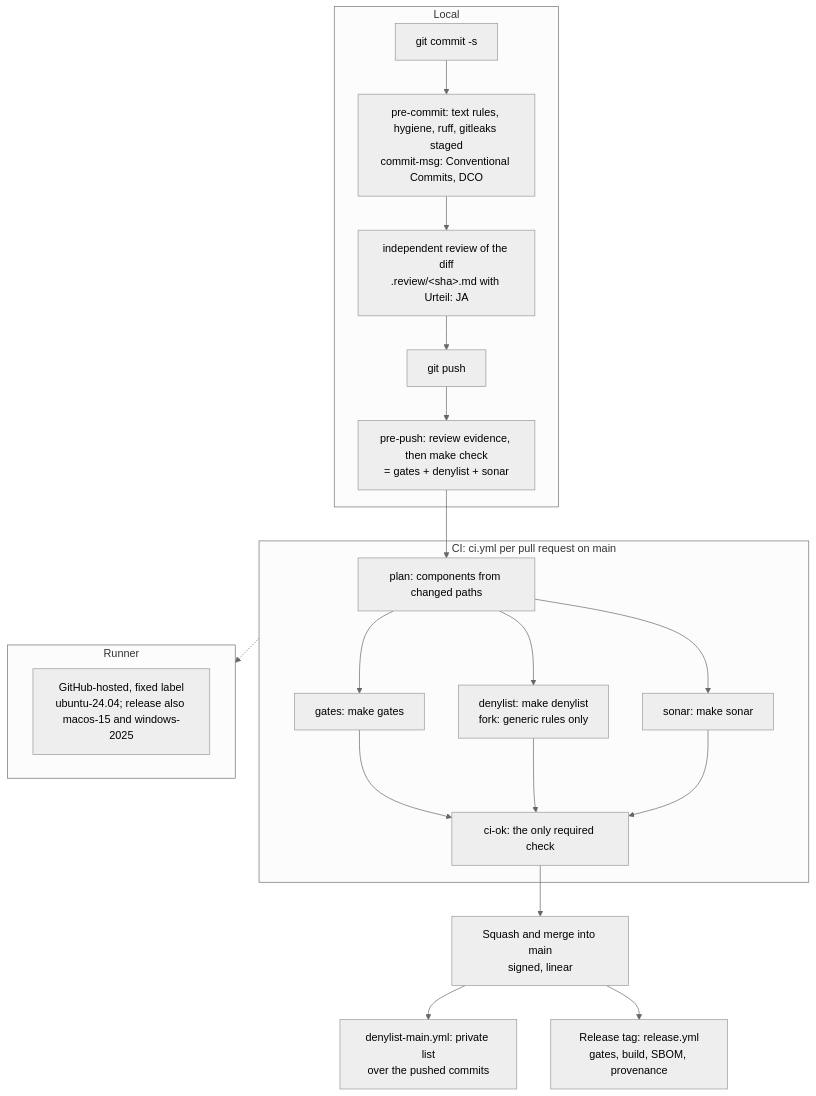
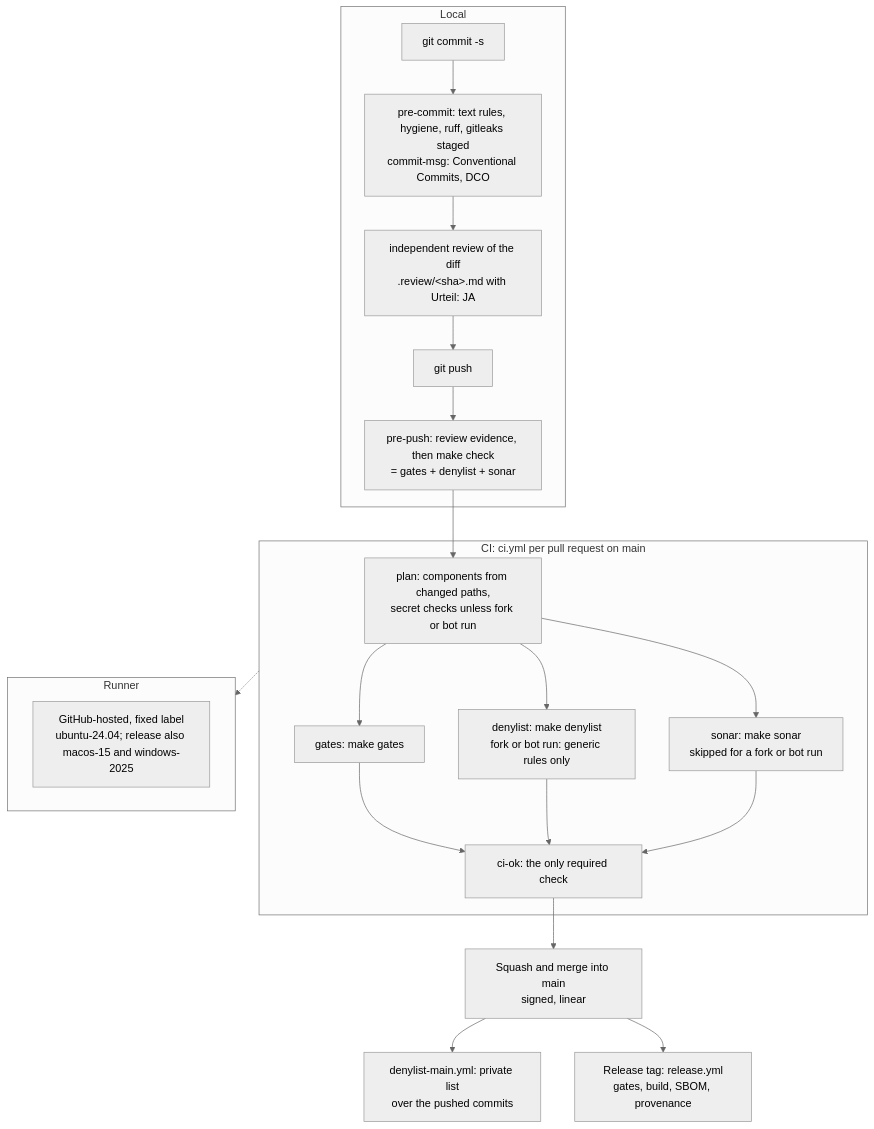
One commit to mguttmann/bothy changed the diagram in docs/quality/pipeline.mmd. Above: the diagram before and after it, drawn with Mermaid (neutral theme). The commit also changed 12 other files, not shown here.

First line of the commit message:
ci: run dependency bot pull requests like fork pull requests

```diff
--- a/docs/quality/pipeline.mmd
+++ b/docs/quality/pipeline.mmd
@@ -1,23 +1,23 @@
 flowchart TB
   subgraph local["Local"]
     commit["git commit -s"] --> hooks["pre-commit: text rules, hygiene, ruff, gitleaks staged<br/>commit-msg: Conventional Commits, DCO"]
     hooks --> review
     review["independent review of the diff<br/>.review/&lt;sha&gt;.md with Urteil: JA"] --> push["git push"]
     push --> check["pre-push: review evidence, then make check<br/>= gates + denylist + sonar"]
   end
   subgraph ci["CI: ci.yml per pull request on main"]
-    plan["plan: components from changed paths"] --> gates["gates: make gates"]
-    plan --> deny["denylist: make denylist<br/>fork: generic rules only"]
-    plan --> sonar["sonar: make sonar"]
+    plan["plan: components from changed paths,<br/>secret checks unless fork or bot run"] --> gates["gates: make gates"]
+    plan --> deny["denylist: make denylist<br/>fork or bot run: generic rules only"]
+    plan --> sonar["sonar: make sonar<br/>skipped for a fork or bot run"]
     gates --> ok["ci-ok: the only required check"]
     deny --> ok
     sonar --> ok
   end
   subgraph runner["Runner"]
     hosted["GitHub-hosted, fixed label<br/>ubuntu-24.04; release also macos-15 and windows-2025"]
   end
   check --> plan
   ci -.-> runner
   ok --> merge["Squash and merge into main<br/>signed, linear"]
   merge --> denymain["denylist-main.yml: private list<br/>over the pushed commits"]
   merge --> tag["Release tag: release.yml<br/>gates, build, SBOM, provenance"]
```
